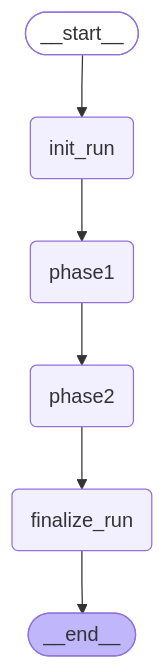
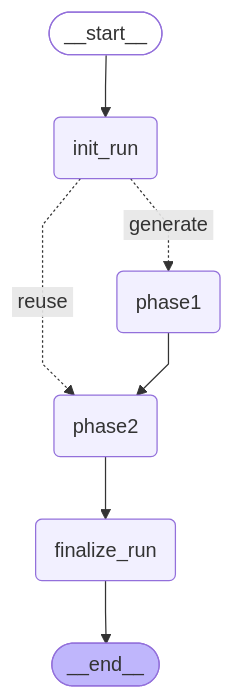
Before and after one commit to iamthejao/customer_support_data_generator: the diagram in docs/diagrams/pipeline.mmd, drawn with Mermaid. The commit also changed 65 other files, not shown here.

```diff
--- a/docs/diagrams/pipeline.mmd
+++ b/docs/diagrams/pipeline.mmd
@@ -1,20 +1,21 @@
 ---
 config:
   flowchart:
     curve: linear
 ---
 graph TD;
 	__start__([<p>__start__</p>]):::first
 	init_run(init_run)
 	phase1(phase1)
 	phase2(phase2)
 	finalize_run(finalize_run)
 	__end__([<p>__end__</p>]):::last
 	__start__ --> init_run;
-	init_run --> phase1;
+	init_run -. &nbsp;generate&nbsp; .-> phase1;
+	init_run -. &nbsp;reuse&nbsp; .-> phase2;
 	phase1 --> phase2;
 	phase2 --> finalize_run;
 	finalize_run --> __end__;
 	classDef default fill:#f2f0ff,line-height:1.2
 	classDef first fill-opacity:0
 	classDef last fill:#bfb6fc
```
